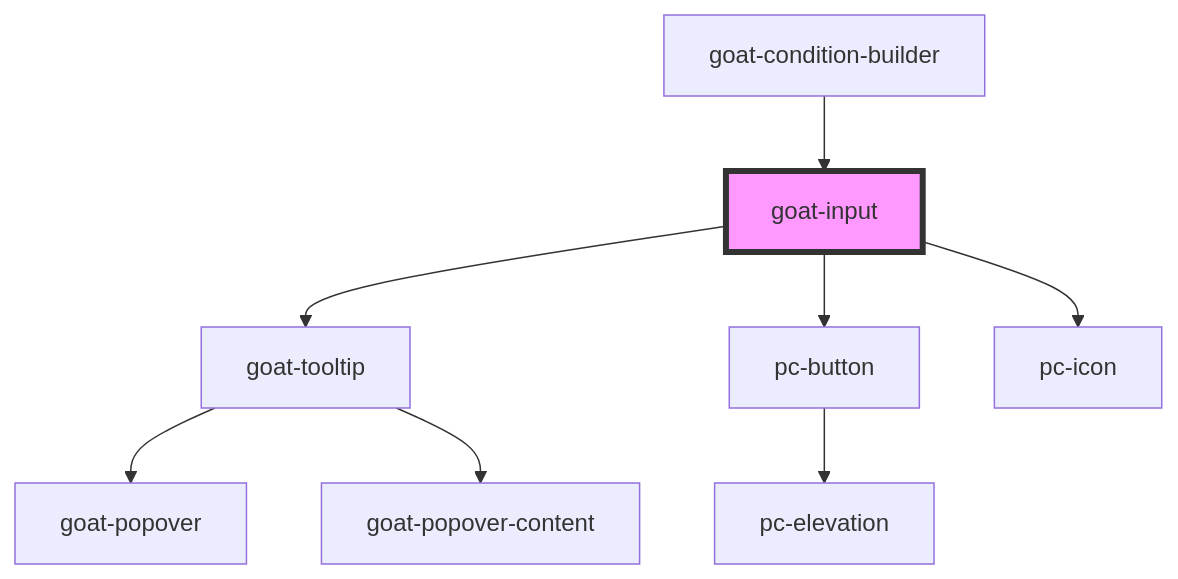
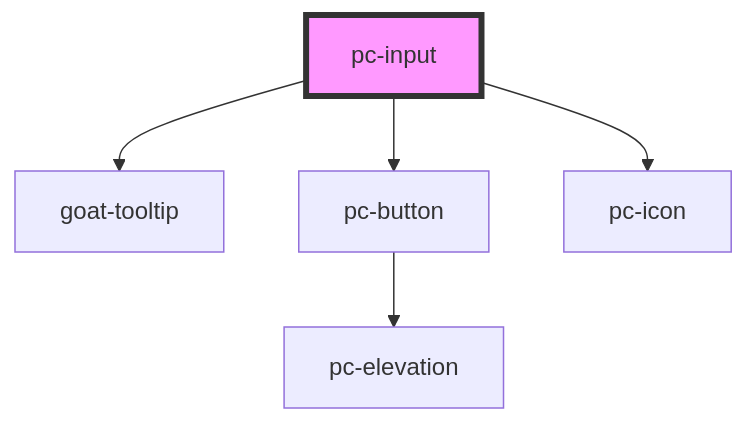
One commit to redvars/peacock changed the diagram in src/components/input-controls/input/input/readme.md. Above: the diagram before and after it, drawn with Mermaid. The commit also changed other lines of this file and 127 other files, not shown here.

````diff
--- a/src/components/input-controls/input/input/readme.md
+++ b/src/components/input-controls/input/input/readme.md
@@ -91,11 +87,8 @@
 ```mermaid
 graph TD;
-  goat-input --> goat-tooltip
-  goat-input --> pc-button
-  goat-input --> pc-icon
-  goat-tooltip --> goat-popover
-  goat-tooltip --> goat-popover-content
+  pc-input --> goat-tooltip
+  pc-input --> pc-button
+  pc-input --> pc-icon
   pc-button --> pc-elevation
-  goat-condition-builder --> goat-input
-  style goat-input fill:#f9f,stroke:#333,stroke-width:4px
+  style pc-input fill:#f9f,stroke:#333,stroke-width:4px
 ```
````
